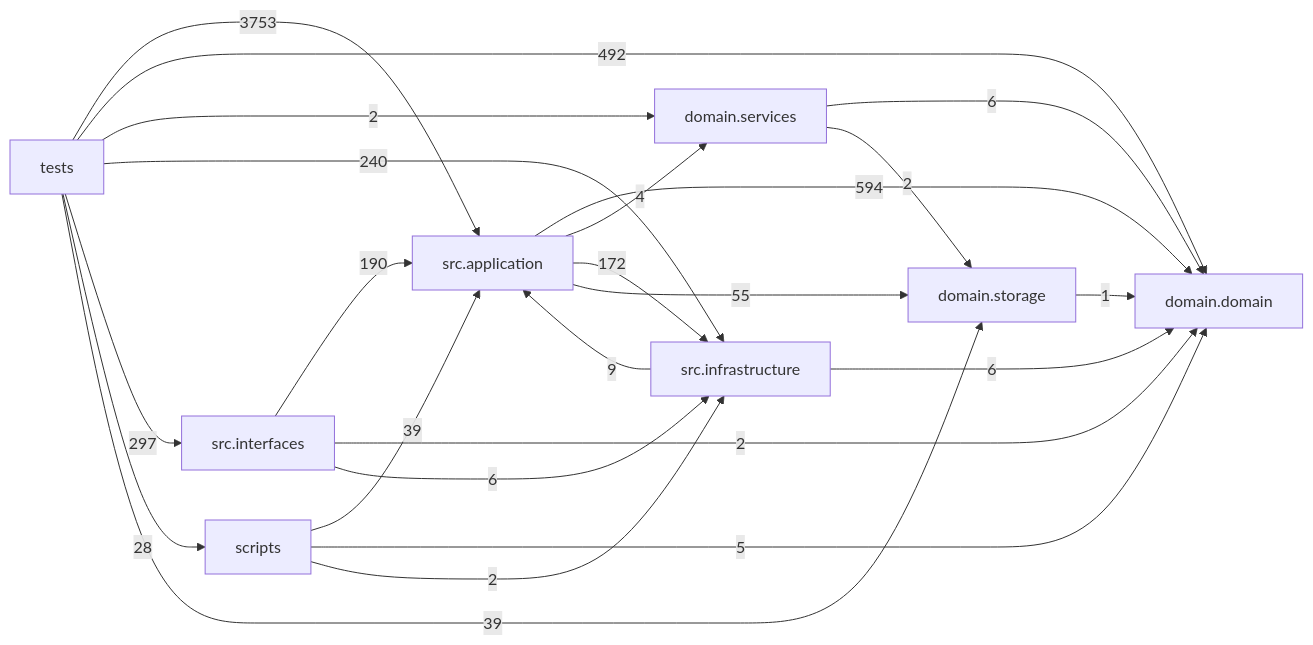
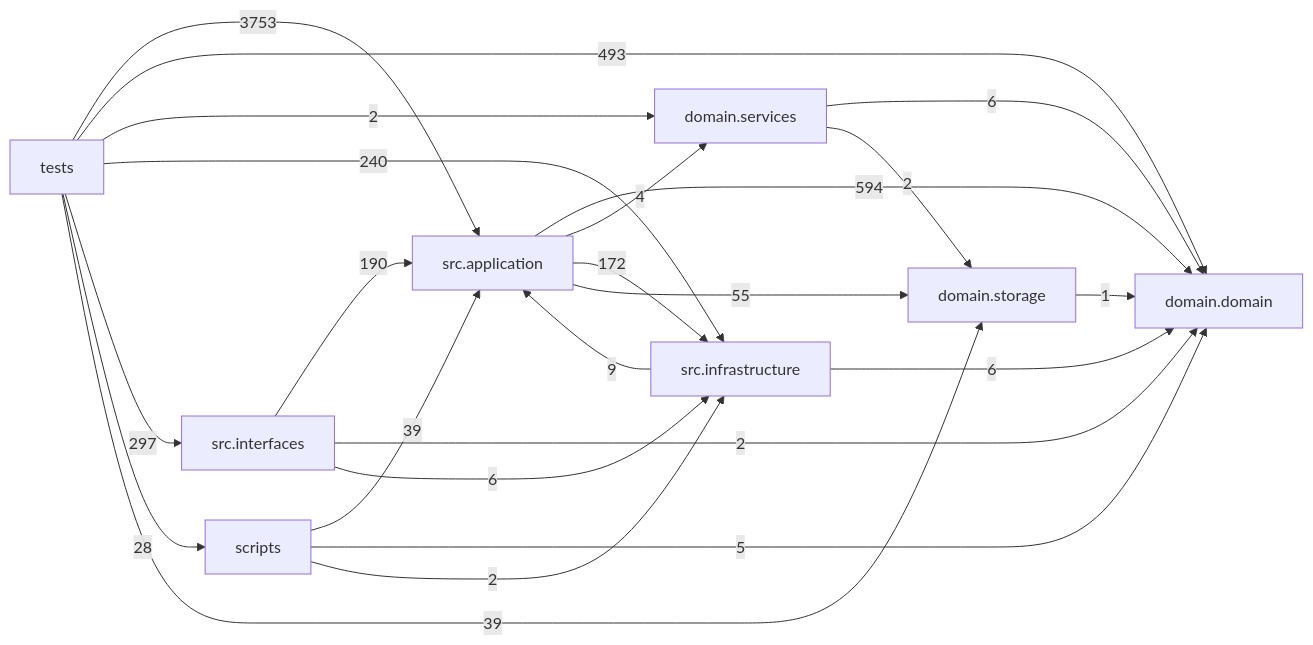
Before and after one commit to liuxie066/options-monitor: the diagram in docs/DEPENDENCY_GRAPH.md, drawn with Mermaid. The commit also changed other lines of this file and 2 other files, not shown here.

````diff
--- a/docs/DEPENDENCY_GRAPH.md
+++ b/docs/DEPENDENCY_GRAPH.md
@@ -24,33 +24,33 @@
 ```mermaid
 flowchart LR
   tests["tests"]
   scripts["scripts"]
   interfaces["src.interfaces"]
   application["src.application"]
   infrastructure["src.infrastructure"]
   domain_services["domain.services"]
   domain["domain.domain"]
   storage["domain.storage"]
   application -->|594| domain
   application -->|4| domain_services
   application -->|172| infrastructure
   application -->|55| storage
   domain_services -->|6| domain
   domain_services -->|2| storage
   infrastructure -->|9| application
   infrastructure -->|6| domain
   interfaces -->|190| application
   interfaces -->|2| domain
   interfaces -->|6| infrastructure
   scripts -->|39| application
   scripts -->|5| domain
   scripts -->|2| infrastructure
   storage -->|1| domain
   tests -->|3753| application
-  tests -->|492| domain
+  tests -->|493| domain
   tests -->|2| domain_services
   tests -->|240| infrastructure
   tests -->|297| interfaces
   tests -->|28| scripts
   tests -->|39| storage
 ```
````
